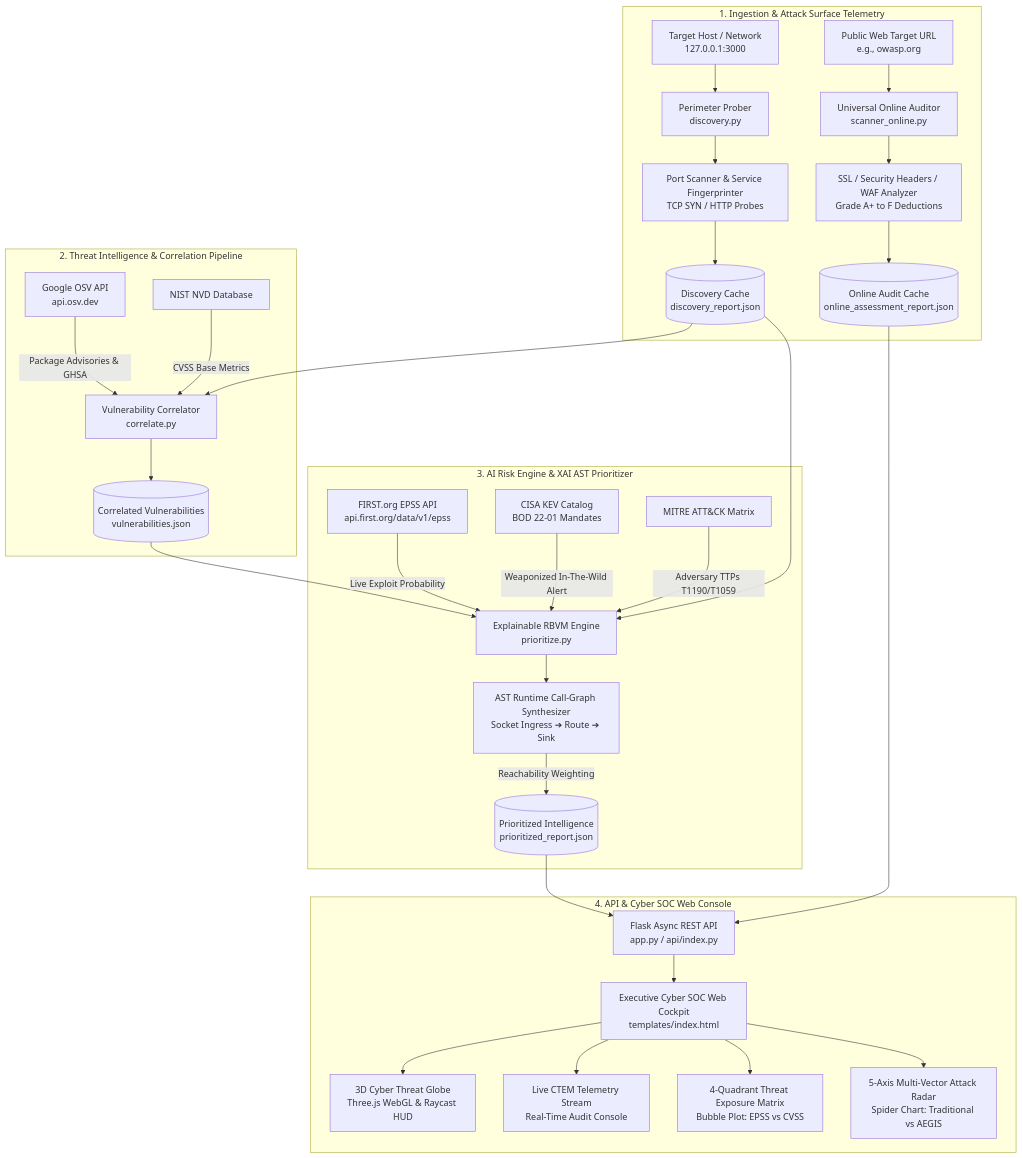
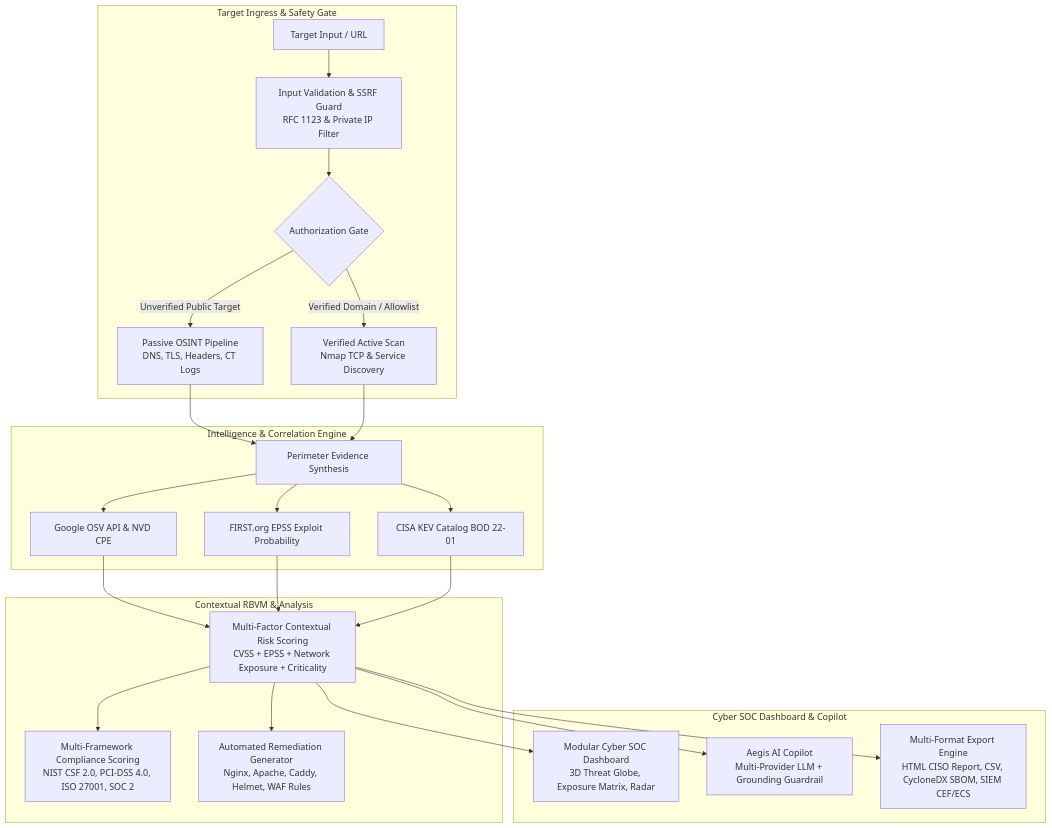
Before and after one commit to ViditSinghal-18/AEGIS-AI: the diagram in README.md, drawn with Mermaid. The commit also changed other lines of this file and 10 other files, not shown here.

````diff
--- a/README.md
+++ b/README.md
@@ -67,37 +36,28 @@
 ```mermaid
 flowchart TD
-    subgraph Recon["1. Ingestion & Attack Surface Telemetry"]
-        A[Target Host / Network\n127.0.0.1:3000] --> B[Perimeter Prober\ndiscovery.py]
-        C[Public Web Target URL\ne.g., owasp.org] --> D[Universal Online Auditor\nscanner_online.py]
-        B --> E[Port Scanner & Service Fingerprinter\nTCP SYN / HTTP Probes]
-        D --> F[SSL / Security Headers / WAF Analyzer\nGrade A+ to F Deductions]
-        E --> G[(Discovery Cache\ndiscovery_report.json)]
-        F --> H[(Online Audit Cache\nonline_assessment_report.json)]
+    subgraph Target["Target Ingress & Safety Gate"]
+        T[Target Input / URL] --> V[Input Validation & SSRF Guard\nRFC 1123 & Private IP Filter]
+        V --> G{Authorization Gate}
+        G -->|Unverified Public Target| P[Passive OSINT Pipeline\nDNS, TLS, Headers, CT Logs]
+        G -->|Verified Domain / Allowlist| A[Verified Active Scan\nNmap TCP & Service Discovery]
     end
 
-    subgraph ThreatIntel["2. Threat Intelligence & Correlation Pipeline"]
-        G --> I[Vulnerability Correlator\ncorrelate.py]
-        J[Google OSV API\napi.osv.dev] -->|Package Advisories & GHSA| I
-        K[NIST NVD Database] -->|CVSS Base Metrics| I
-        I --> L[(Correlated Vulnerabilities\nvulnerabilities.json)]
+    subgraph Intel["Intelligence & Correlation Engine"]
+        P & A --> C[Perimeter Evidence Synthesis]
+        C --> OSV[Google OSV API & NVD CPE]
+        C --> EPSS[FIRST.org EPSS Exploit Probability]
+        C --> KEV[CISA KEV Catalog BOD 22-01]
     end
 
-    subgraph Agents["3. AI Risk Engine & XAI AST Prioritizer"]
-        L & G --> M[Explainable RBVM Engine\nprioritize.py]
-        N[FIRST.org EPSS API\napi.first.org/data/v1/epss] -->|Live Exploit Probability| M
-        O[CISA KEV Catalog\nBOD 22-01 Mandates] -->|Weaponized In-The-Wild Alert| M
-        P[MITRE ATT&CK Matrix] -->|Adversary TTPs T1190/T1059| M
-        
-        M --> Q[AST Runtime Call-Graph Synthesizer\nSocket Ingress ➔ Route ➔ Sink]
-        Q -->|Reachability Weighting| R[(Prioritized Intelligence\nprioritized_report.json)]
+    subgraph Engine["Contextual RBVM & Analysis"]
+        OSV & EPSS & KEV --> Prioritize[Multi-Factor Contextual Risk Scoring\nCVSS + EPSS + Network Exposure + Criticality]
+        Prioritize --> Compliance[Multi-Framework Compliance Scoring\nNIST CSF 2.0, PCI-DSS 4.0, ISO 27001, SOC 2]
+        Prioritize --> Remediate[Automated Remediation Generator\nNginx, Apache, Caddy, Helmet, WAF Rules]
     end
 
-    subgraph Application["4. API & Cyber SOC Web Console"]
-        R & H --> S[Flask Async REST API\napp.py / api/index.py]
-        S --> T[Executive Cyber SOC Web Cockpit\ntemplates/index.html]
-        T --> U[3D Cyber Threat Globe\nThree.js WebGL & Raycast HUD]
-        T --> V[Live CTEM Telemetry Stream\nReal-Time Audit Console]
-        T --> W[4-Quadrant Threat Exposure Matrix\nBubble Plot: EPSS vs CVSS]
-        T --> X[5-Axis Multi-Vector Attack Radar\nSpider Chart: Traditional vs AEGIS]
+    subgraph UI["Cyber SOC Dashboard & Copilot"]
+        Prioritize --> Web[Modular Cyber SOC Dashboard\n3D Threat Globe, Exposure Matrix, Radar]
+        Prioritize --> Copilot[Aegis AI Copilot\nMulti-Provider LLM + Grounding Guardrail]
+        Prioritize --> Exports[Multi-Format Export Engine\nHTML CISO Report, CSV, CycloneDX SBOM, SIEM CEF/ECS]
     end
 ```
````
